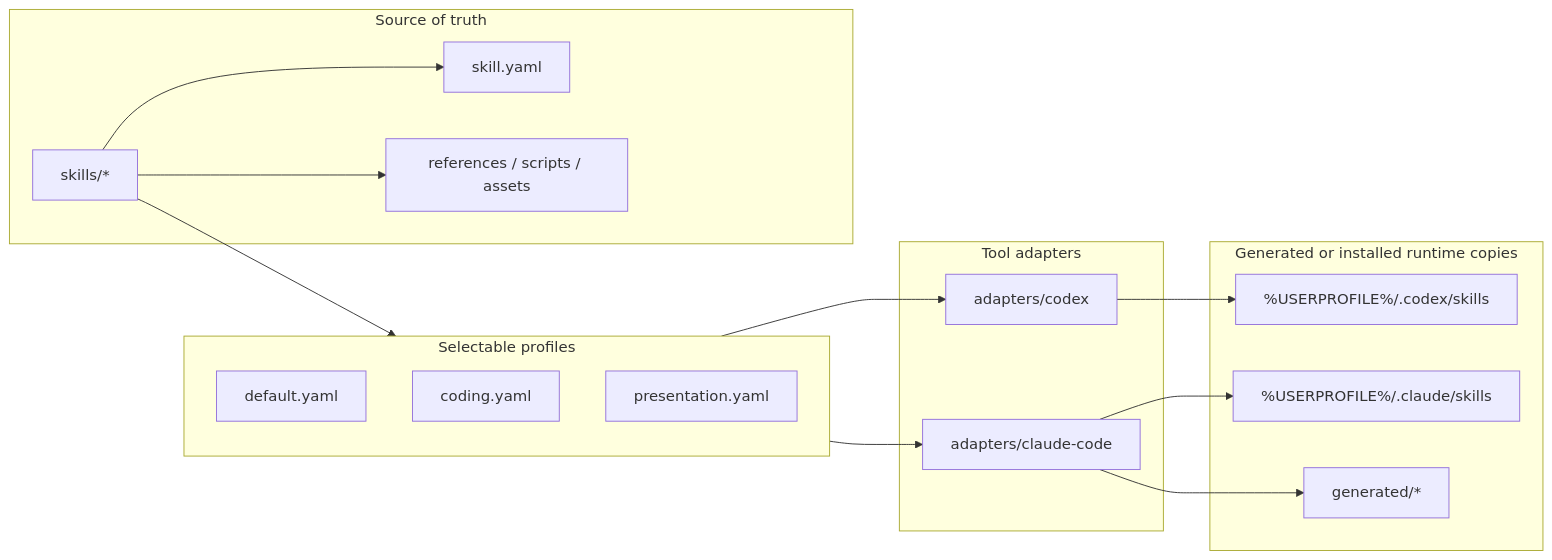
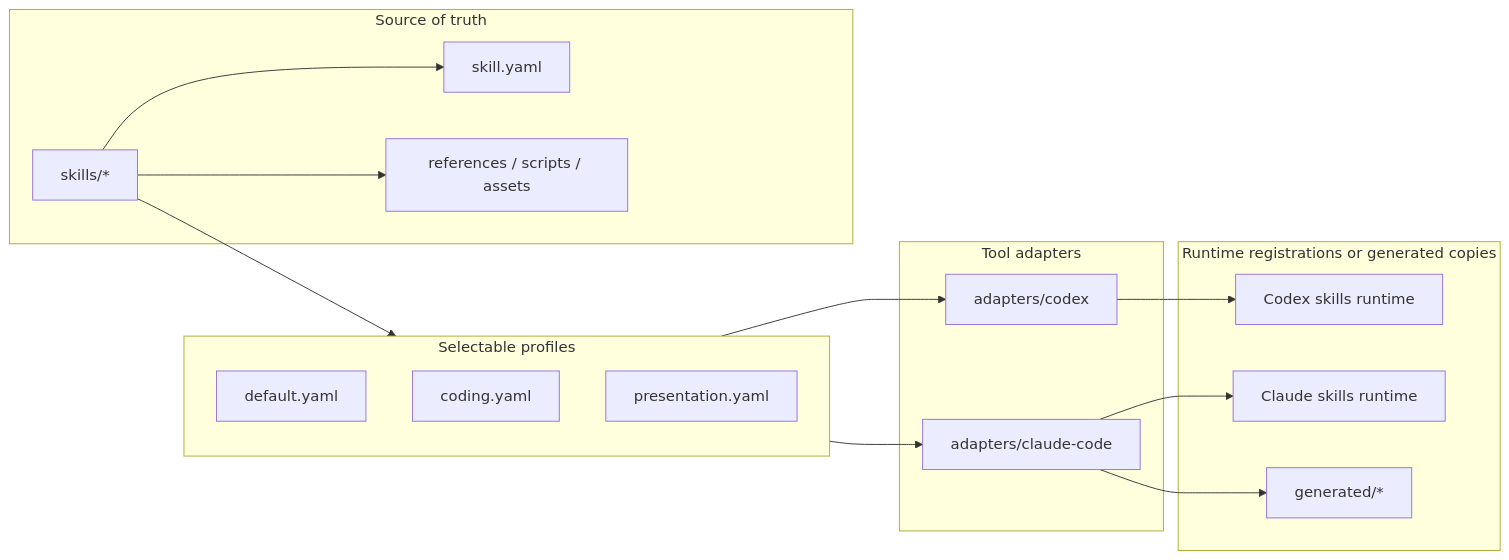
Before and after one commit to dangli1989/Li-AI-Skills: the diagram in README.md, drawn with Mermaid. The commit also changed other lines of this file and 7 other files, not shown here.

Commit message:
Use junction registrations for Codex skills

````diff
--- a/README.md
+++ b/README.md
@@ -13,34 +13,34 @@
 ```mermaid
 flowchart LR
   subgraph Source["Source of truth"]
     Skills["skills/*"]
     Metadata["skill.yaml"]
     References["references / scripts / assets"]
   end
 
   subgraph Profiles["Selectable profiles"]
     Default["default.yaml"]
     Coding["coding.yaml"]
     Presentation["presentation.yaml"]
   end
 
   subgraph Adapters["Tool adapters"]
     Codex["adapters/codex"]
     Claude["adapters/claude-code"]
   end
 
-  subgraph Runtime["Generated or installed runtime copies"]
-    CodexRuntime["%USERPROFILE%/.codex/skills"]
-    ClaudeRuntime["%USERPROFILE%/.claude/skills"]
+  subgraph Runtime["Runtime registrations or generated copies"]
+    CodexRuntime["Codex skills runtime"]
+    ClaudeRuntime["Claude skills runtime"]
     Generated["generated/*"]
   end
 
   Skills --> Metadata
   Skills --> References
   Skills --> Profiles
   Profiles --> Codex
   Profiles --> Claude
   Codex --> CodexRuntime
   Claude --> ClaudeRuntime
   Claude --> Generated
 ```
````
